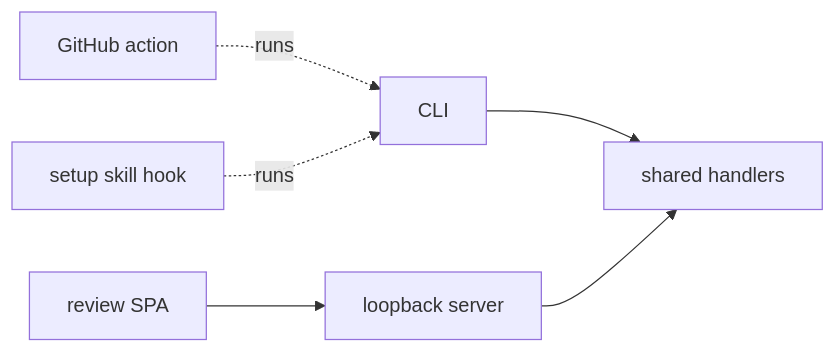
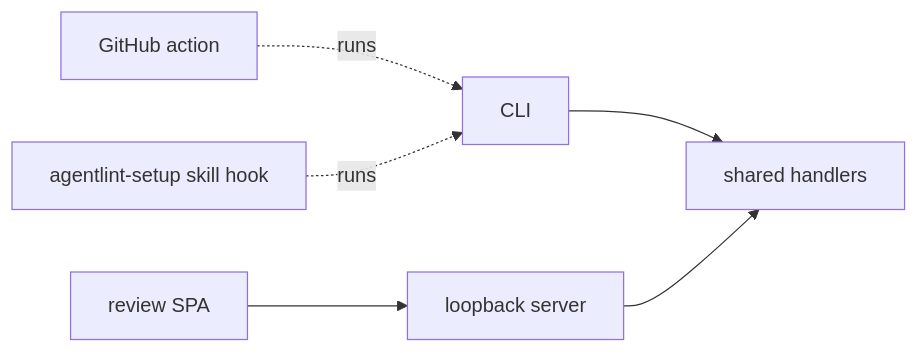
Before and after one commit to aurelienbobenrieth/agentlint: the diagram in docs/decisions/adr-003-application-and-integrations.md, drawn with Mermaid. The commit also changed other lines of this file and 11 other files, not shown here.

````diff
--- a/docs/decisions/adr-003-application-and-integrations.md
+++ b/docs/decisions/adr-003-application-and-integrations.md
@@ -12,7 +12,7 @@
 ```mermaid
 flowchart LR
   GHA["GitHub action"] -. runs .-> CLI
-  Hook["setup skill hook"] -. runs .-> CLI
+  Hook["agentlint-setup skill hook"] -. runs .-> CLI
   CLI --> H["shared handlers"]
   SPA["review SPA"] --> HTTP["loopback server"] --> H
 ```
````
